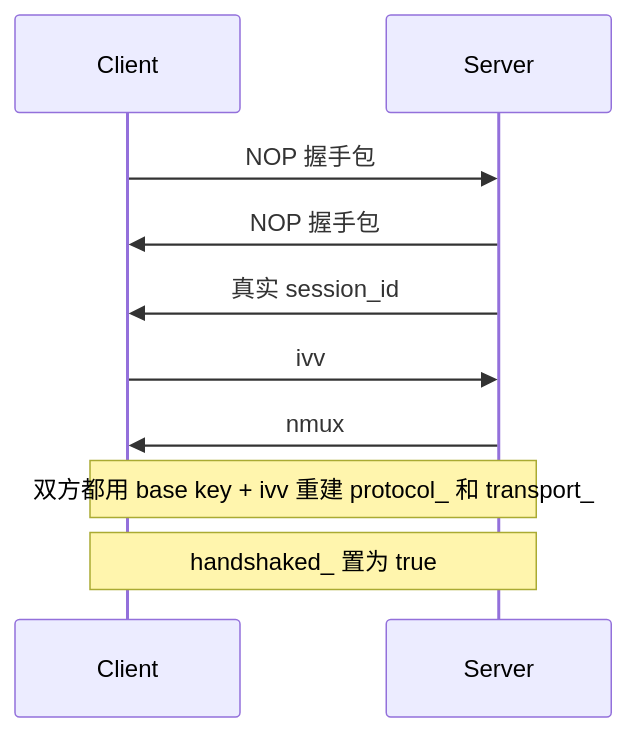
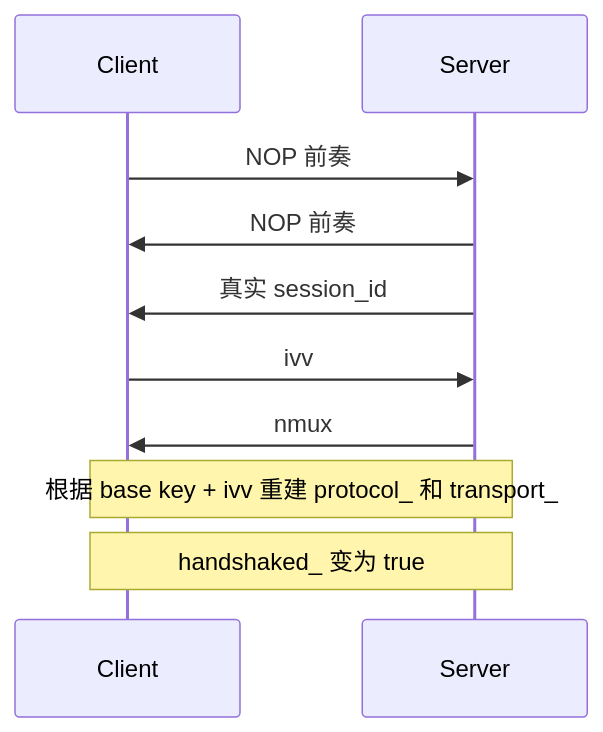
Before and after one commit to HyacinthHaru/openppp2: the first of 2 diagrams in docs/HANDSHAKE_SEQUENCE_CN.md, drawn with Mermaid. The commit also changed other lines of this file and 45 other files, not shown here.

````diff
--- a/docs/HANDSHAKE_SEQUENCE_CN.md
+++ b/docs/HANDSHAKE_SEQUENCE_CN.md
@@ -39,12 +34,12 @@
 ```mermaid
 sequenceDiagram
     participant C as Client
     participant S as Server
-    C->>S: NOP 握手包
-    S->>C: NOP 握手包
+    C->>S: NOP 前奏
+    S->>C: NOP 前奏
     S->>C: 真实 session_id
     C->>S: ivv
     S->>C: nmux
-    Note over C,S: 双方都用 base key + ivv 重建 protocol_ 和 transport_
-    Note over C,S: handshaked_ 置为 true
+    Note over C,S: 根据 base key + ivv 重建 protocol_ 和 transport_
+    Note over C,S: handshaked_ 变为 true
 ```
````
